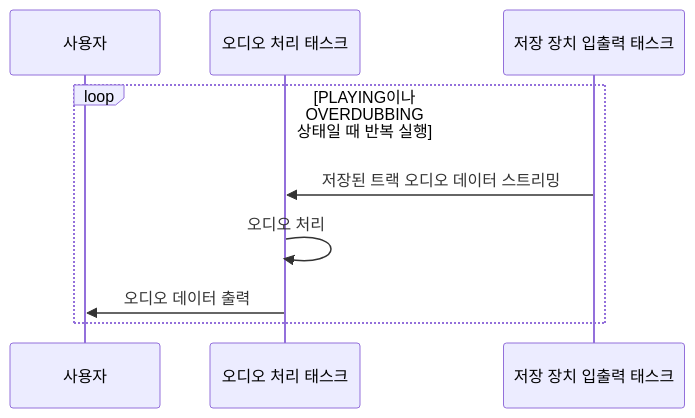
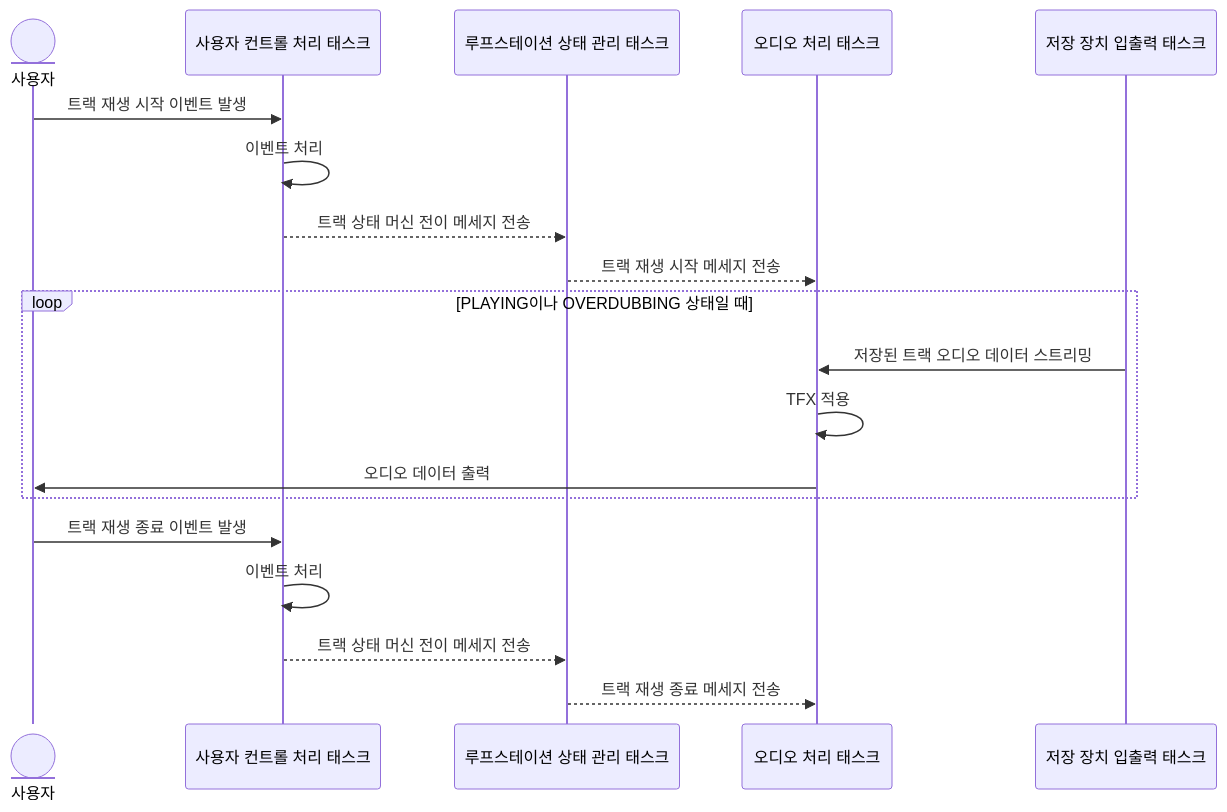
One commit to 10cheon00/rtos-loopstation changed the fourth of 10 diagrams in docs/software_design.md. Above: the diagram before and after it, drawn with Mermaid. The commit also changed other lines of this file and 1 other file, not shown here.

````diff
--- a/docs/software_design.md
+++ b/docs/software_design.md
@@ -36,12 +172,24 @@
     ```mermaid
     sequenceDiagram
-        participant 사용자
+        participant 사용자@{"type":"entity"}
+        participant 사용자 컨트롤 처리 태스크
+        participant 루프스테이션 상태 관리 태스크
         participant 오디오 처리 태스크
         participant 저장 장치 입출력 태스크
 
-        loop PLAYING이나 OVERDUBBING 상태일 때 반복 실행
+        사용자->>사용자 컨트롤 처리 태스크: 트랙 재생 시작 이벤트 발생
+        사용자 컨트롤 처리 태스크->>사용자 컨트롤 처리 태스크: 이벤트 처리
+        사용자 컨트롤 처리 태스크-->>루프스테이션 상태 관리 태스크: 트랙 상태 머신 전이 메세지 전송
+        루프스테이션 상태 관리 태스크-->>오디오 처리 태스크: 트랙 재생 시작 메세지 전송
+        
+        loop PLAYING이나 OVERDUBBING 상태일 때
             저장 장치 입출력 태스크->>오디오 처리 태스크: 저장된 트랙 오디오 데이터 스트리밍
-            오디오 처리 태스크->>오디오 처리 태스크: 오디오 처리
+            오디오 처리 태스크->>오디오 처리 태스크: TFX 적용
             오디오 처리 태스크->>사용자: 오디오 데이터 출력
         end
+        사용자->>사용자 컨트롤 처리 태스크: 트랙 재생 종료 이벤트 발생
+        사용자 컨트롤 처리 태스크->>사용자 컨트롤 처리 태스크: 이벤트 처리
+        사용자 컨트롤 처리 태스크-->>루프스테이션 상태 관리 태스크: 트랙 상태 머신 전이 메세지 전송
+        루프스테이션 상태 관리 태스크-->>오디오 처리 태스크: 트랙 재생 종료 메세지 전송
+        
     ```
````
